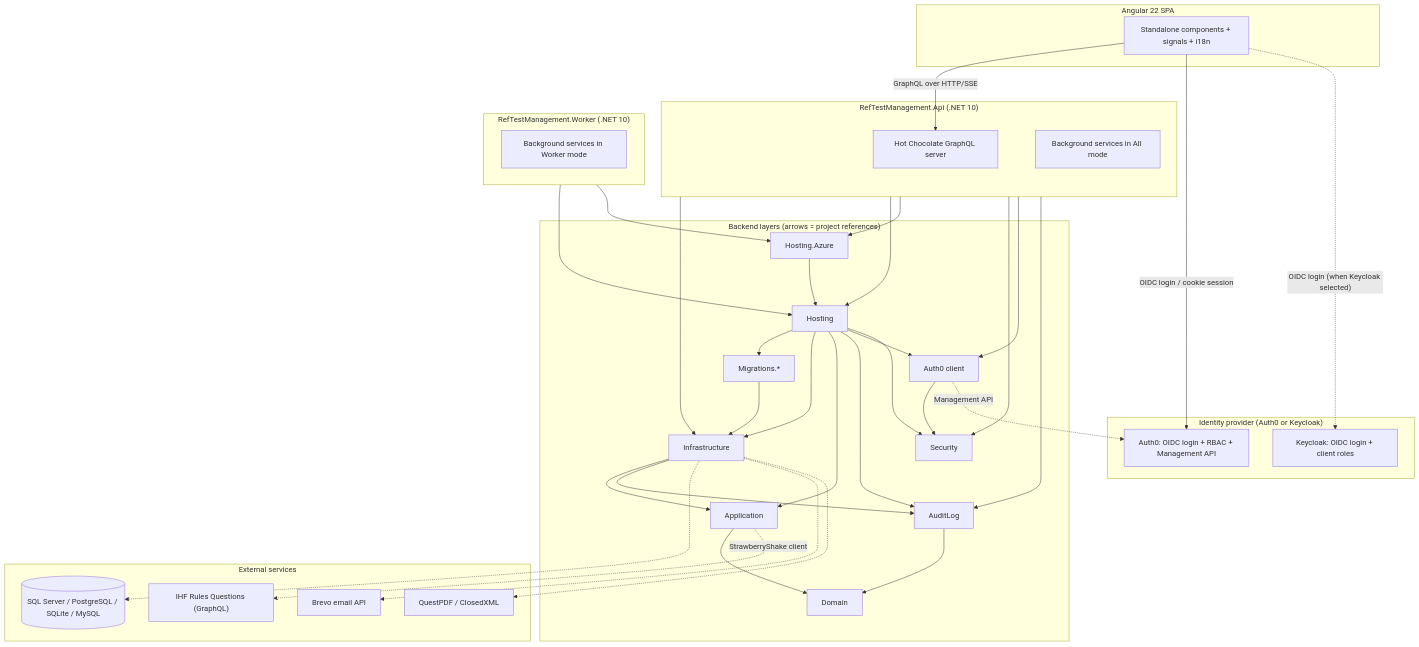
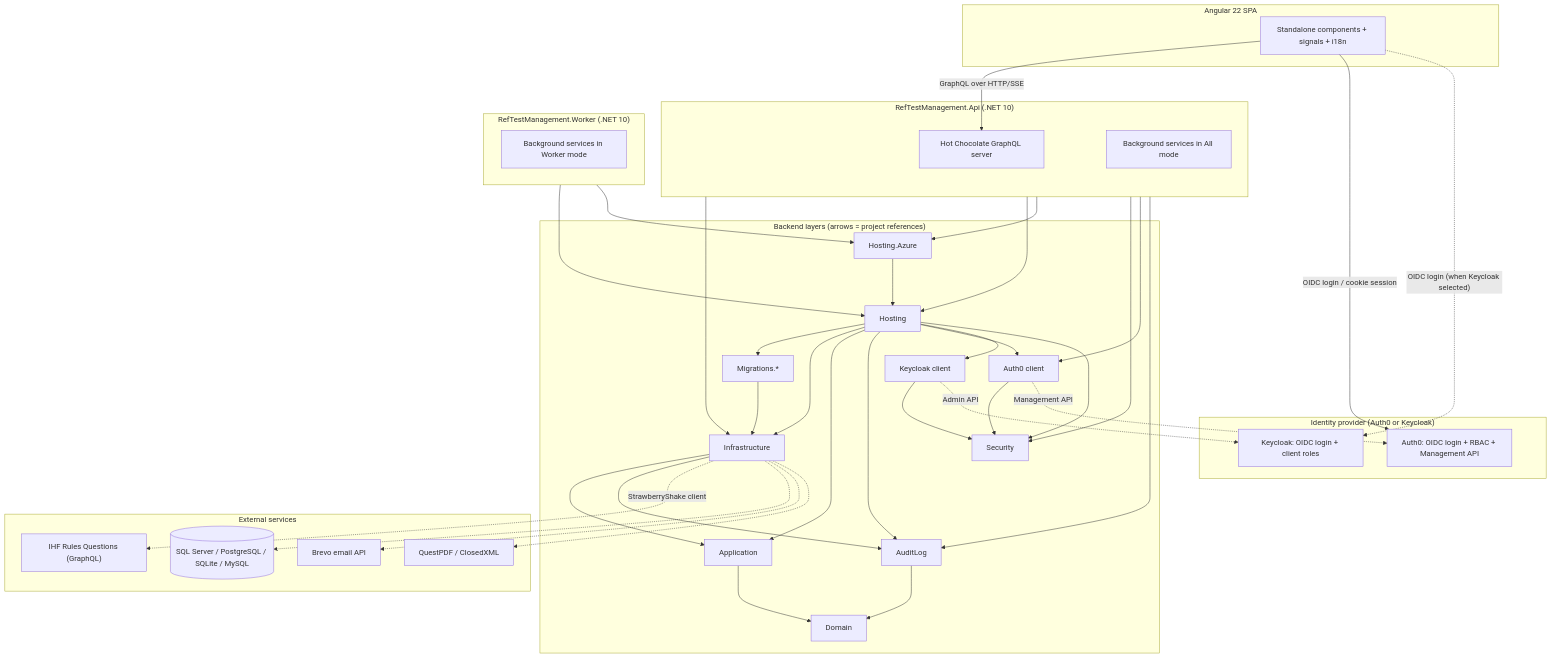
Before and after one commit to handballbelgium-referees/ref-test-management: the diagram in README.md, drawn with Mermaid. The commit also changed other lines of this file, not shown here.

First line of the commit message:
docs(docs): fix architecture chart and add Keycloak setup

````diff
--- a/README.md
+++ b/README.md
@@ -142,69 +142,73 @@
 ```mermaid
 flowchart TB
     subgraph Client["Angular 22 SPA"]
         UI["Standalone components + signals + i18n"]
     end
 
     subgraph Auth["Identity provider (Auth0 or Keycloak)"]
         A0["Auth0: OIDC login + RBAC + Management API"]
         KC["Keycloak: OIDC login + client roles"]
     end
 
     subgraph Api["RefTestManagement.Api (.NET 10)"]
         GQL["Hot Chocolate GraphQL server"]
         BG["Background services in All mode"]
     end
 
     subgraph Worker["RefTestManagement.Worker (.NET 10)"]
         WorkerBG["Background services in Worker mode"]
     end
 
     subgraph Layers["Backend layers (arrows = project references)"]
         Infrastructure["Infrastructure"]
         Hosting["Hosting"]
         AzureHosting["Hosting.Azure"]
         Application["Application"]
         Domain["Domain"]
         AuditLog["AuditLog"]
         Migrations["Migrations.*"]
         Security["Security"]
         Auth0Proj["Auth0 client"]
+        KeycloakProj["Keycloak client"]
     end
 
     subgraph External["External services"]
         DB[("SQL Server / PostgreSQL / SQLite / MySQL")]
         Brevo["Brevo email API"]
         IHF["IHF Rules Questions (GraphQL)"]
         PDF["QuestPDF / ClosedXML"]
     end
 
     UI -->|"GraphQL over HTTP/SSE"| GQL
     UI -->|"OIDC login / cookie session"| A0
     UI -.->|"OIDC login (when Keycloak selected)"| KC
     Api --> Infrastructure
     Api --> Hosting
     Worker --> Hosting
     Api --> AzureHosting
     Worker --> AzureHosting
     AzureHosting --> Hosting
     Hosting --> Migrations
     Hosting --> Infrastructure
     Hosting --> Application
     Hosting --> AuditLog
     Hosting --> Auth0Proj
+    Hosting --> KeycloakProj
     Hosting --> Security
     Api --> Security
     Api --> Auth0Proj
     Api --> AuditLog
     Migrations --> Infrastructure
     Infrastructure --> Application
     Infrastructure --> AuditLog
     Application --> Domain
     AuditLog --> Domain
     Auth0Proj --> Security
-    Application -.->|"StrawberryShake client"| IHF
+    KeycloakProj --> Security
+    Infrastructure -.->|"StrawberryShake client"| IHF
     Infrastructure -.-> DB
     Infrastructure -.-> Brevo
     Infrastructure -.-> PDF
     Auth0Proj -.->|"Management API"| A0
+    KeycloakProj -.->|"Admin API"| KC
 ```
````
